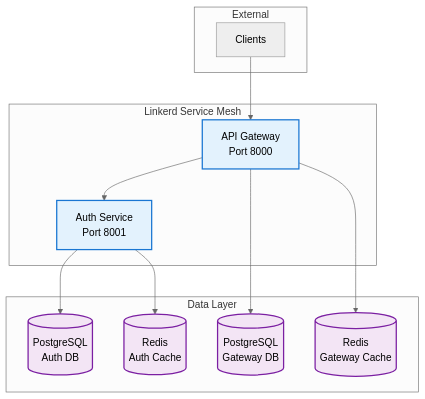
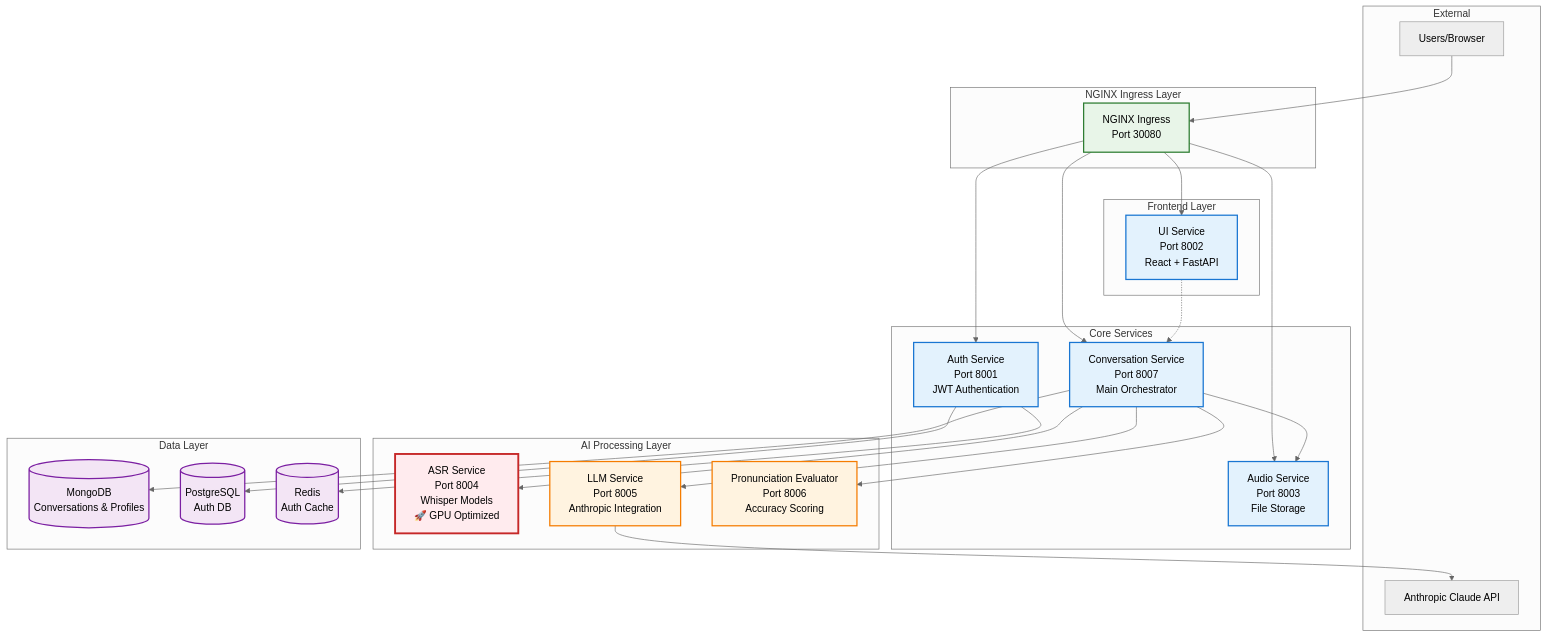
Before and after one commit to sudhan-m/munshi: the first of 2 diagrams in README.md, drawn with Mermaid (neutral theme). The commit also changed other lines of this file and 164 other files, not shown here.

First line of the commit message:
feat: implement comprehensive Helm charts for Munshi platform deployment

````diff
--- a/README.md
+++ b/README.md
@@ -7,31 +7,62 @@
 ```mermaid
 graph TB
     subgraph "External"
-        CLIENT[Clients]
+        CLIENT[Users/Browser]
+        ANTHROPIC[Anthropic Claude API]
     end
     
-    subgraph "Linkerd Service Mesh"
-        GATEWAY[API Gateway<br/>Port 8000]
-        AUTH[Auth Service<br/>Port 8001]
+    subgraph "NGINX Ingress Layer"
+        NGINX[NGINX Ingress<br/>Port 30080]
+    end
+    
+    subgraph "Frontend Layer"
+        UI[UI Service<br/>Port 8002<br/>React + FastAPI]
+    end
+    
+    subgraph "Core Services"
+        CONV[Conversation Service<br/>Port 8007<br/>Main Orchestrator]
+        AUTH[Auth Service<br/>Port 8001<br/>JWT Authentication]
+        AUDIO[Audio Service<br/>Port 8003<br/>File Storage]
+    end
+    
+    subgraph "AI Processing Layer"
+        ASR[ASR Service<br/>Port 8004<br/>Whisper Models<br/>🚀 GPU Optimized]
+        LLM[LLM Service<br/>Port 8005<br/>Anthropic Integration]
+        EVAL[Pronunciation Evaluator<br/>Port 8006<br/>Accuracy Scoring]
     end
     
     subgraph "Data Layer"
-        PG_GW[(PostgreSQL<br/>Gateway DB)]
+        MONGO[(MongoDB<br/>Conversations & Profiles)]
         PG_AUTH[(PostgreSQL<br/>Auth DB)]
-        REDIS_GW[(Redis<br/>Gateway Cache)]
         REDIS_AUTH[(Redis<br/>Auth Cache)]
     end
     
-    CLIENT --> GATEWAY
-    GATEWAY --> AUTH
-    GATEWAY --> PG_GW
-    GATEWAY --> REDIS_GW
+    CLIENT --> NGINX
+    NGINX --> UI
+    NGINX --> CONV
+    NGINX --> AUTH
+    NGINX --> AUDIO
+    
+    UI -.-> CONV
+    CONV --> ASR
+    CONV --> LLM
+    CONV --> EVAL
+    CONV --> AUDIO
+    CONV --> MONGO
+    
+    LLM --> ANTHROPIC
     AUTH --> PG_AUTH
     AUTH --> REDIS_AUTH
     
     classDef service fill:#e3f2fd,stroke:#1976d2,stroke-width:2px
+    classDef ai fill:#fff3e0,stroke:#f57c00,stroke-width:2px
     classDef data fill:#f3e5f5,stroke:#7b1fa2,stroke-width:2px
+    classDef ingress fill:#e8f5e8,stroke:#2e7d32,stroke-width:2px
+    classDef gpu fill:#ffebee,stroke:#c62828,stroke-width:3px
     
-    class GATEWAY,AUTH service
-    class PG_GW,PG_AUTH,REDIS_GW,REDIS_AUTH data
+    class UI,CONV,AUTH,AUDIO service
+    class LLM,EVAL ai
+    class ASR gpu
+    class MONGO,PG_AUTH,REDIS_AUTH data
+    class NGINX ingress
 ```
````
